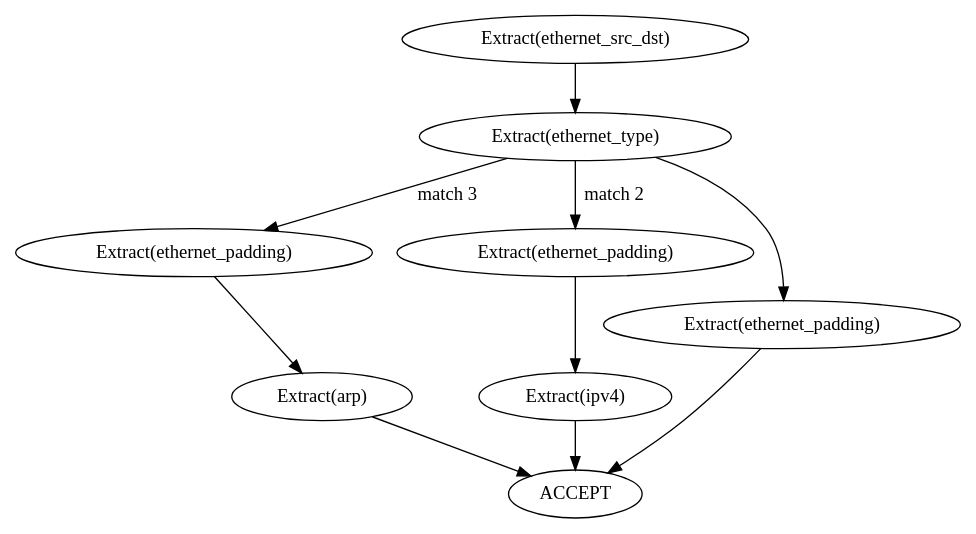
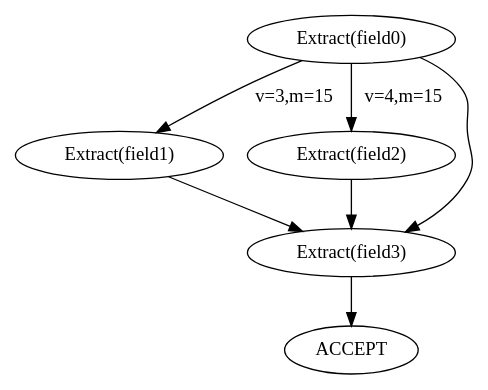
One commit to Aryakrish05/ParserCompiler26 changed the diagram in Foundations/ProgramSynthesis/Z3Programs/STMGen/doctest-output/ParseGraph.gv. Above: the diagram before and after it, drawn with Graphviz. The commit also changed 14 other files, not shown here.

```diff
--- a/Foundations/ProgramSynthesis/Z3Programs/STMGen/doctest-output/ParseGraph.gv
+++ b/Foundations/ProgramSynthesis/Z3Programs/STMGen/doctest-output/ParseGraph.gv
@@ -1,20 +1,14 @@
 // Parser as State Machine
 digraph ParseGraph {
-	Node0 [label="Extract(ethernet_src_dst)"]
-	Node1 [label="Extract(ethernet_type)"]
-	Node2 [label="Extract(ethernet_padding)"]
-	Node3 [label="Extract(ethernet_padding)"]
-	Node4 [label="Extract(arp)"]
-	Node5 [label="Extract(ethernet_padding)"]
-	Node6 [label="Extract(ipv4)"]
+	Node0 [label="Extract(field0)"]
+	Node1 [label="Extract(field1)"]
+	Node2 [label="Extract(field2)"]
+	Node3 [label="Extract(field3)"]
 	ACCEPT [label=ACCEPT]
-	Node0 -> Node1
-	Node1 -> Node5
-	Node2 -> Node4
-	Node3 -> Node6
-	Node4 -> ACCEPT
-	Node5 -> ACCEPT
-	Node6 -> ACCEPT
-	Node1 -> Node2 [label="match 3"]
-	Node1 -> Node3 [label="match 2"]
+	Node0 -> Node3
+	Node1 -> Node3
+	Node2 -> Node3
+	Node3 -> ACCEPT
+	Node0 -> Node1 [label="v=3,m=15"]
+	Node0 -> Node2 [label="v=4,m=15"]
 }
```
